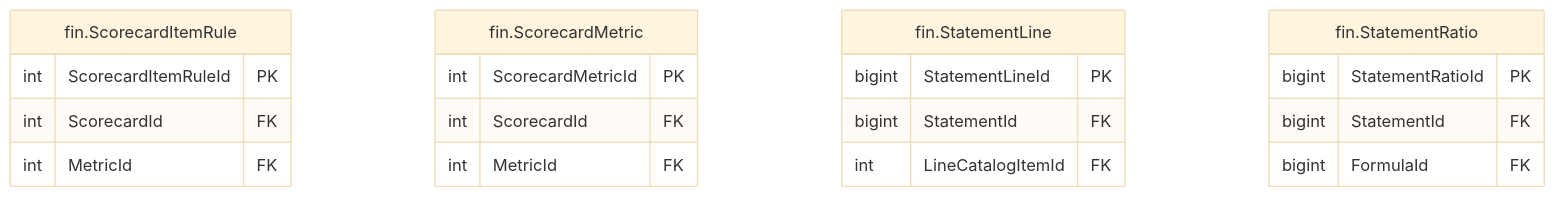
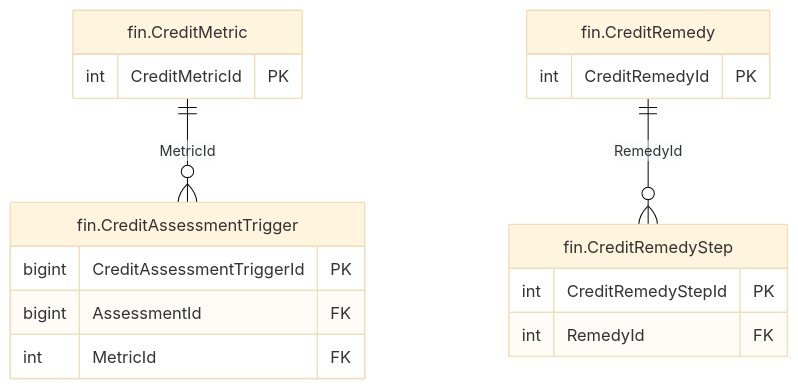
One commit to thawrasy/smartlines changed the diagram in treasury-platform/docs/diagrams/erd/m5_financials_5.mmd. Above: the diagram before and after it, drawn with Mermaid (base theme). The commit also changed 201 other files, not shown here.

First line of the commit message:
Credit assessment v2: item by item, linked to the platform, with scenarios and strengthening plans

```diff
--- a/treasury-platform/docs/diagrams/erd/m5_financials_5.mmd
+++ b/treasury-platform/docs/diagrams/erd/m5_financials_5.mmd
@@ -1,22 +1,19 @@
-%% م5 · البيانات المالية والأرصدة (5/5) — Financial statements & balances
+%% م5 · البيانات المالية والأرصدة (5/11) — Financial statements & balances
 erDiagram
-  fin_ScorecardItemRule["fin.ScorecardItemRule"] {
-    int ScorecardItemRuleId PK
-    int ScorecardId FK
+  fin_CreditAssessmentTrigger["fin.CreditAssessmentTrigger"] {
+    bigint CreditAssessmentTriggerId PK
+    bigint AssessmentId FK
     int MetricId FK
   }
-  fin_ScorecardMetric["fin.ScorecardMetric"] {
-    int ScorecardMetricId PK
-    int ScorecardId FK
-    int MetricId FK
+  fin_CreditMetric["fin.CreditMetric"] {
+    int CreditMetricId PK
   }
-  fin_StatementLine["fin.StatementLine"] {
-    bigint StatementLineId PK
-    bigint StatementId FK
-    int LineCatalogItemId FK
+  fin_CreditRemedy["fin.CreditRemedy"] {
+    int CreditRemedyId PK
   }
-  fin_StatementRatio["fin.StatementRatio"] {
-    bigint StatementRatioId PK
-    bigint StatementId FK
-    bigint FormulaId FK
+  fin_CreditRemedyStep["fin.CreditRemedyStep"] {
+    int CreditRemedyStepId PK
+    int RemedyId FK
   }
+  fin_CreditMetric ||--o{ fin_CreditAssessmentTrigger : "MetricId"
+  fin_CreditRemedy ||--o{ fin_CreditRemedyStep : "RemedyId"
```
